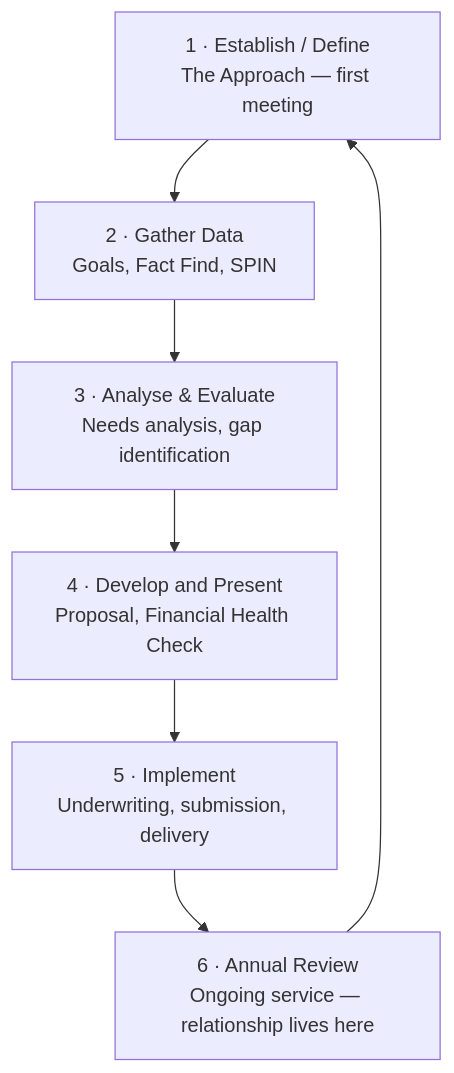
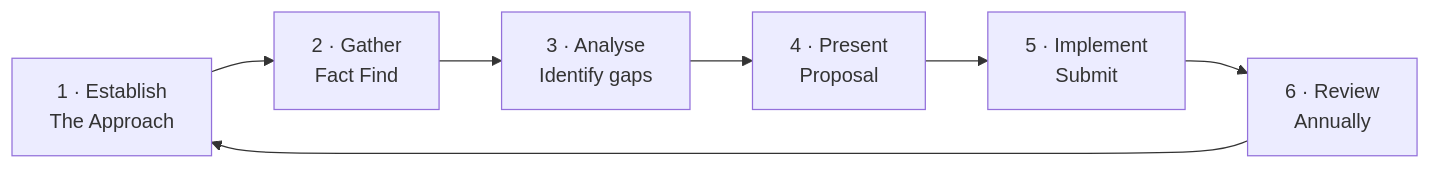
One commit to leotansingapore/aia-product-compass-hub changed the first of 3 diagrams in docs/first-60-days/week-7/day-37.md. Above: the diagram before and after it, drawn with Mermaid. The commit also changed 6 other files, not shown here.

Commit message:
Day 25, 37, 39, 44, 45, 50, 55 charts now flow horizontally with trimmed labels — taller TD chains and over-decorated nodes simplified

````diff
--- a/docs/first-60-days/week-7/day-37.md
+++ b/docs/first-60-days/week-7/day-37.md
@@ -30,10 +30,4 @@
 ```mermaid
-flowchart TD
-    A["1 · Establish / Define<br/>The Approach — first meeting"]
-    B["2 · Gather Data<br/>Goals, Fact Find, SPIN"]
-    C["3 · Analyse & Evaluate<br/>Needs analysis, gap identification"]
-    D["4 · Develop and Present<br/>Proposal, Financial Health Check"]
-    E["5 · Implement<br/>Underwriting, submission, delivery"]
-    F["6 · Annual Review<br/>Ongoing service — relationship lives here"]
-    A --> B --> C --> D --> E --> F --> A
+flowchart LR
+    A["1 · Establish<br/>The Approach"] --> B["2 · Gather<br/>Fact Find"] --> C["3 · Analyse<br/>Identify gaps"] --> D["4 · Present<br/>Proposal"] --> E["5 · Implement<br/>Submit"] --> F["6 · Review<br/>Annually"] --> A
 ```
````
